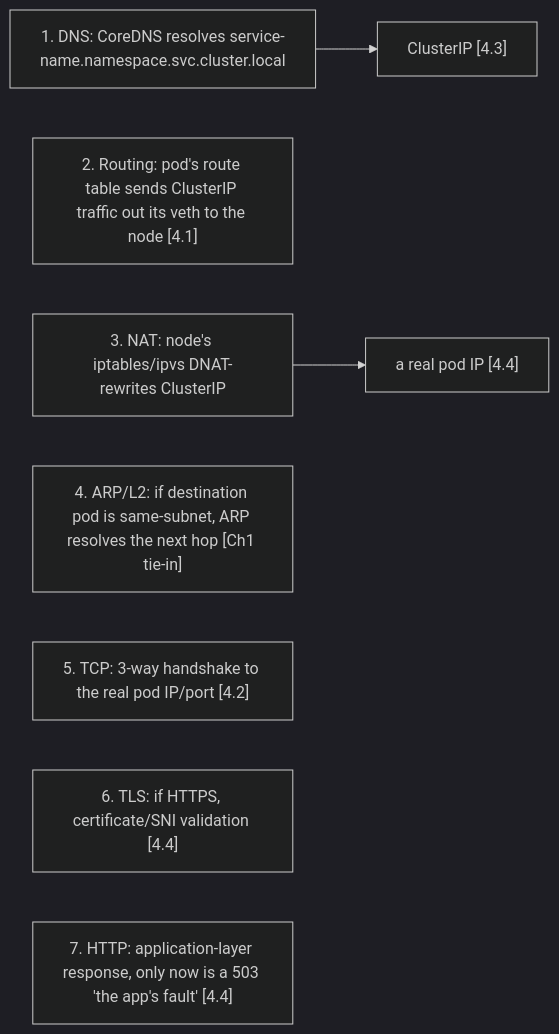
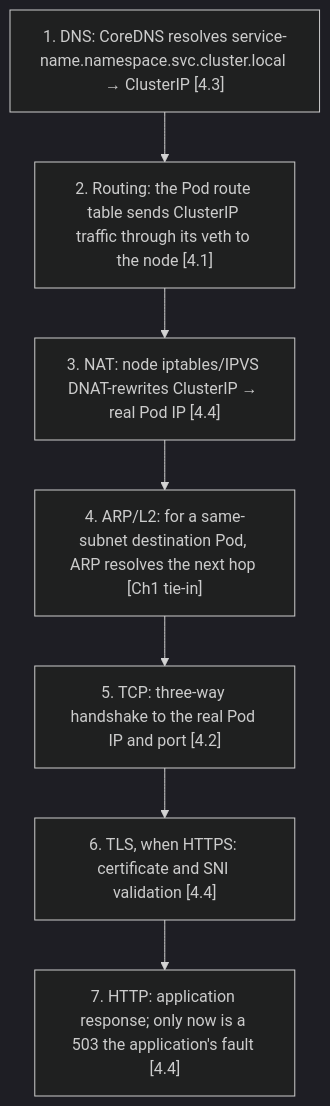
Before and after one commit to jithinpnjm/nvidia-devops: the third of 3 diagrams in docs/volume-01/04-chapter-4-networking-ip-routes-sockets-tcp-dns-nat-and-tls.md, drawn with Mermaid (dark theme). The commit also changed other lines of this file and 99 other files, not shown here.

````diff
--- a/docs/volume-01/04-chapter-4-networking-ip-routes-sockets-tcp-dns-nat-and-tls.md
+++ b/docs/volume-01/04-chapter-4-networking-ip-routes-sockets-tcp-dns-nat-and-tls.md
@@ -331,15 +326,10 @@
 ```mermaid
-flowchart LR
-  %% Converted from the original ASCII diagram; source wording is preserved.
-  n0["1. DNS: CoreDNS resolves service-name.namespace.svc.cluster.local"]
-  n1["ClusterIP [4.3]"]
-  n2["2. Routing: pod's route table sends ClusterIP traffic out its veth to the node [4.1]"]
-  n3["3. NAT: node's iptables/ipvs DNAT-rewrites ClusterIP"]
-  n4["a real pod IP [4.4]"]
-  n5["4. ARP/L2: if destination pod is same-subnet, ARP resolves the next hop [Ch1 tie-in]"]
-  n6["5. TCP: 3-way handshake to the real pod IP/port [4.2]"]
-  n7["6. TLS: if HTTPS, certificate/SNI validation [4.4]"]
-  n8["7. HTTP: application-layer response, only now is a 503 'the app's fault' [4.4]"]
-  n0 --> n1
-  n3 --> n4
+flowchart TD
+  DNS["1. DNS: CoreDNS resolves service-name.namespace.svc.cluster.local → ClusterIP [4.3]"]
+  DNS --> Route["2. Routing: the Pod route table sends ClusterIP traffic through its veth to the node [4.1]"]
+  Route --> NAT["3. NAT: node iptables/IPVS DNAT-rewrites ClusterIP → real Pod IP [4.4]"]
+  NAT --> L2["4. ARP/L2: for a same-subnet destination Pod, ARP resolves the next hop [Ch1 tie-in]"]
+  L2 --> TCP["5. TCP: three-way handshake to the real Pod IP and port [4.2]"]
+  TCP --> TLS["6. TLS, when HTTPS: certificate and SNI validation [4.4]"]
+  TLS --> HTTP["7. HTTP: application response; only now is a 503 the application's fault [4.4]"]
 ```
````
